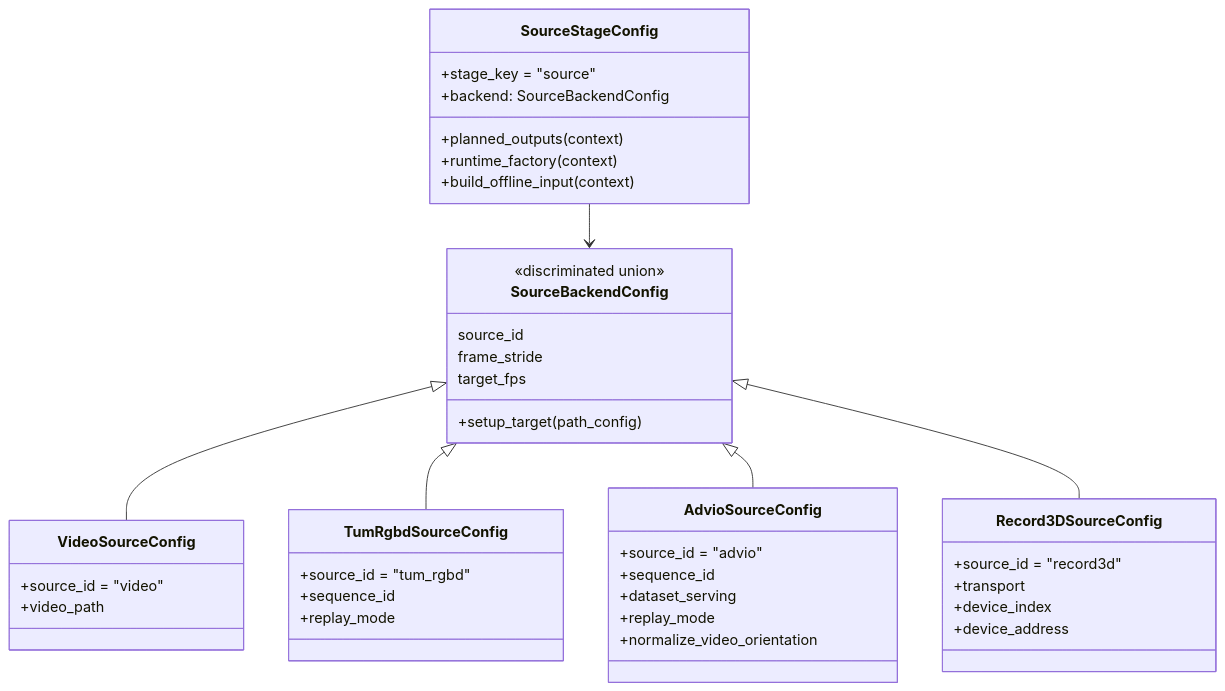
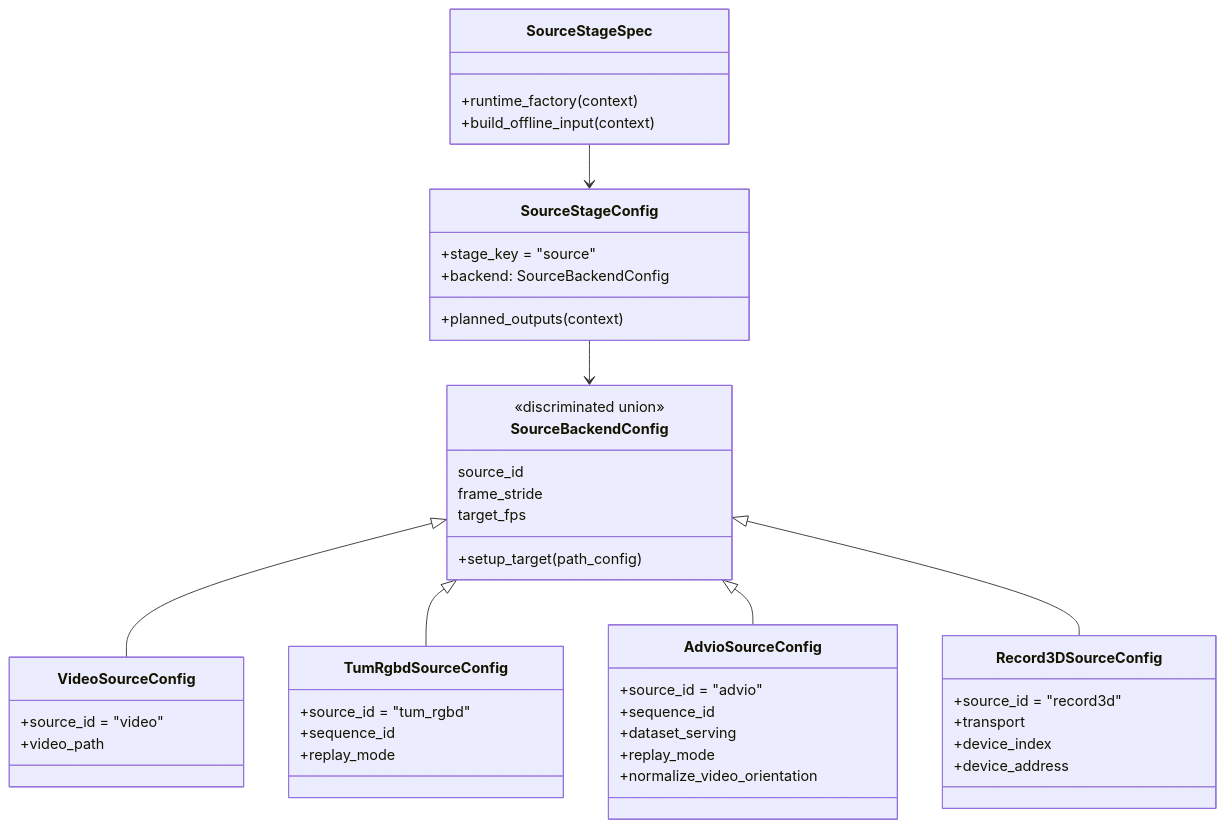
One commit to JanDuchscherer104/prml-vslam changed the diagram in src/prml_vslam/sources/README.md. Above: the diagram before and after it, drawn with Mermaid. The commit also changed other lines of this file and 39 other files, not shown here.

````diff
--- a/src/prml_vslam/sources/README.md
+++ b/src/prml_vslam/sources/README.md
@@ -33,50 +35,54 @@
 ```mermaid
 classDiagram
     class SourceStageConfig {
         +stage_key = "source"
         +backend: SourceBackendConfig
         +planned_outputs(context)
+    }
+
+    class SourceStageSpec {
         +runtime_factory(context)
         +build_offline_input(context)
     }
 
     class SourceBackendConfig {
         <<discriminated union>>
         source_id
         frame_stride
         target_fps
         +setup_target(path_config)
     }
 
     class VideoSourceConfig {
         +source_id = "video"
         +video_path
     }
 
     class TumRgbdSourceConfig {
         +source_id = "tum_rgbd"
         +sequence_id
         +replay_mode
     }
 
     class AdvioSourceConfig {
         +source_id = "advio"
         +sequence_id
         +dataset_serving
         +replay_mode
         +normalize_video_orientation
     }
 
     class Record3DSourceConfig {
         +source_id = "record3d"
         +transport
         +device_index
         +device_address
     }
 
     SourceStageConfig --> SourceBackendConfig
+    SourceStageSpec --> SourceStageConfig
     SourceBackendConfig <|-- VideoSourceConfig
     SourceBackendConfig <|-- TumRgbdSourceConfig
     SourceBackendConfig <|-- AdvioSourceConfig
     SourceBackendConfig <|-- Record3DSourceConfig
 ```
````
